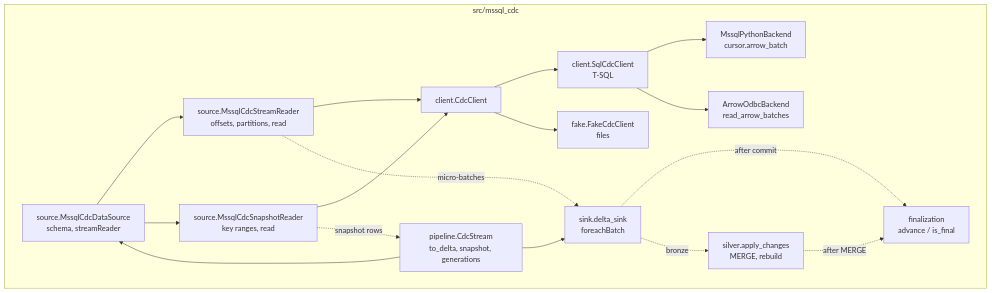
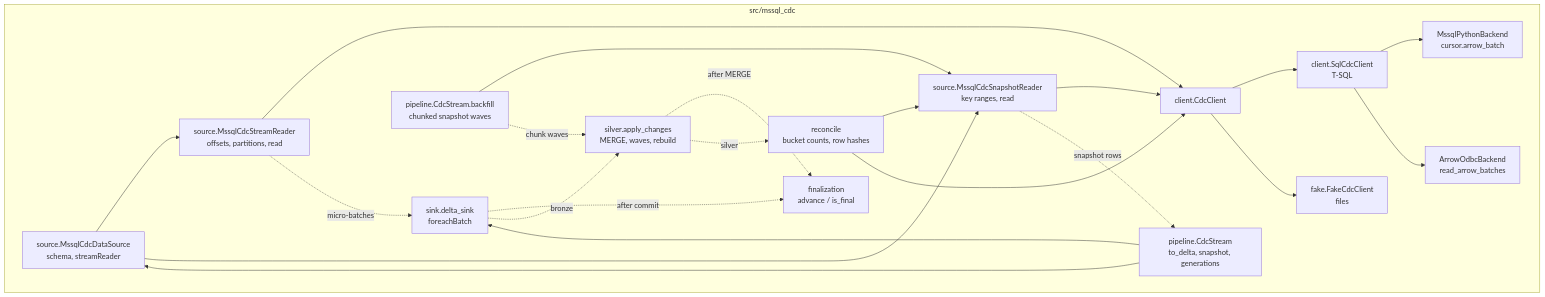
One commit to emanuel-luis/mssql-cdc-pyspark changed the first of 2 diagrams in docs/ARCHITECTURE.md. Above: the diagram before and after it, drawn with Mermaid. The commit also changed other lines of this file and 24 other files, not shown here.

````diff
--- a/docs/ARCHITECTURE.md
+++ b/docs/ARCHITECTURE.md
@@ -5,28 +5,35 @@
 ```mermaid
 flowchart TB
   subgraph src/mssql_cdc
     DS[source.MssqlCdcDataSource<br/>schema, streamReader]
     RD[source.MssqlCdcStreamReader<br/>offsets, partitions, read]
     SN[source.MssqlCdcSnapshotReader<br/>key ranges, read]
     CL[client.CdcClient]
     SQL[client.SqlCdcClient<br/>T-SQL]
     BE1[MssqlPythonBackend<br/>cursor.arrow_batch]
     BE2[ArrowOdbcBackend<br/>read_arrow_batches]
     FK[fake.FakeCdcClient<br/>files]
     SK[sink.delta_sink<br/>foreachBatch]
     FN[finalization<br/>advance / is_final]
     PL[pipeline.CdcStream<br/>to_delta, snapshot, generations]
-    SV[silver.apply_changes<br/>MERGE, rebuild]
+    BF[pipeline.CdcStream.backfill<br/>chunked snapshot waves]
+    SV[silver.apply_changes<br/>MERGE, waves, rebuild]
+    RC[reconcile<br/>bucket counts, row hashes]
   end
   PL --> DS
   PL --> SK
+  BF --> SN
+  RC --> SN
+  RC --> CL
   DS --> RD --> CL
   DS --> SN --> CL
   CL --> SQL --> BE1 & BE2
   CL --> FK
   RD -. micro-batches .-> SK
   SN -. snapshot rows .-> PL
   SK -. after commit .-> FN
   SK -. bronze .-> SV
+  BF -. chunk waves .-> SV
   SV -. after MERGE .-> FN
+  SV -. silver .-> RC
 ```
````
